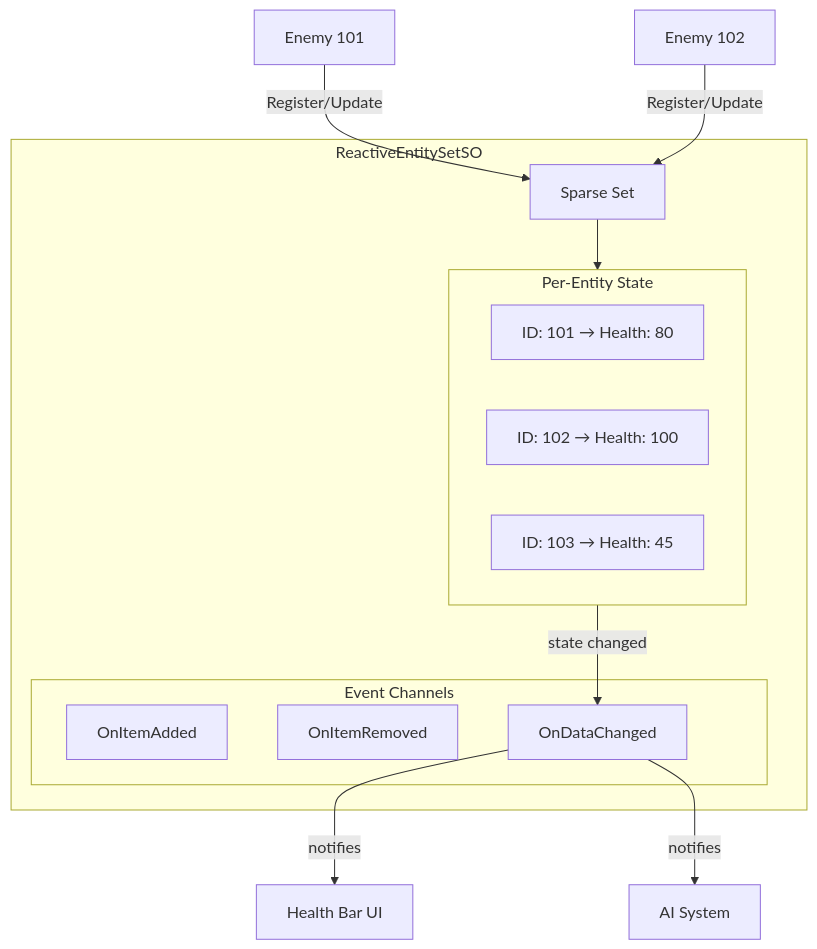
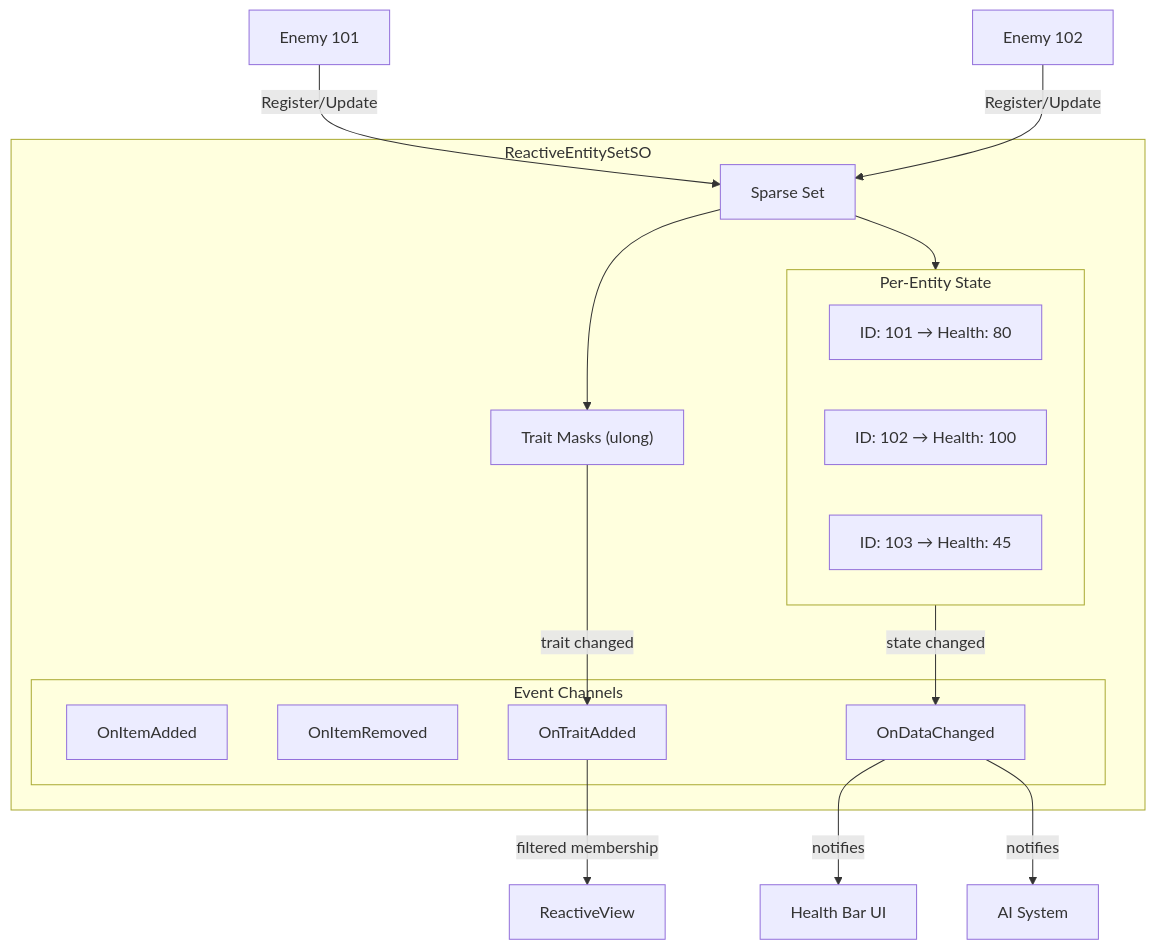
The diagram in en/guides/reactive-entity-sets/index.md (tang3cko/ReactiveSO-docs), drawn with Mermaid before and after one commit. The commit also changed other lines of this file and 46 other files, not shown here.

Commit message:
docs: update reactive entity sets documentation with traits and views guides

````diff
--- a/en/guides/reactive-entity-sets/index.md
+++ b/en/guides/reactive-entity-sets/index.md
@@ -91,24 +91,31 @@
 ```mermaid
 flowchart TB
     subgraph EntitySet["ReactiveEntitySetSO<EnemyState>"]
         SS[Sparse Set]
         subgraph Data["Per-Entity State"]
             D1["ID: 101 → Health: 80"]
             D2["ID: 102 → Health: 100"]
             D3["ID: 103 → Health: 45"]
         end
+        Traits["Trait Masks (ulong)"]
         subgraph Events["Event Channels"]
             E1[OnItemAdded]
             E2[OnItemRemoved]
             E3[OnDataChanged]
+            E4[OnTraitAdded]
         end
     end
+
+    View[ReactiveView]
 
     Enemy1[Enemy 101] -->|Register/Update| SS
     Enemy2[Enemy 102] -->|Register/Update| SS
     SS --> Data
+    SS --> Traits
 
     Data -->|state changed| E3
+    Traits -->|trait changed| E4
     E3 -->|notifies| UI[Health Bar UI]
     E3 -->|notifies| AI[AI System]
+    E4 -->|filtered membership| View
 ```
````
